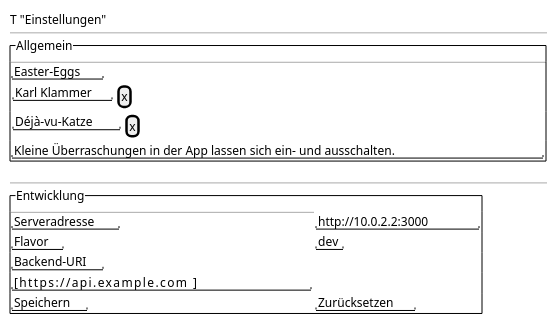
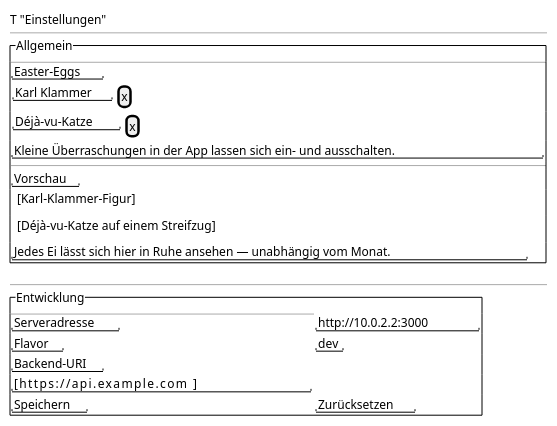
One commit to tradem/breakdown-rs changed the diagram in docs/design/screens/settings.md. Above: the diagram before and after it, drawn with PlantUML. The commit also changed other lines of this file and 20 other files, not shown here.

````diff
--- a/docs/design/screens/settings.md
+++ b/docs/design/screens/settings.md
@@ -32,24 +32,29 @@
 ```plantuml
 @startsalt
 {
   T "Einstellungen"
   --
   {^ "Allgemein"
     --
     "Easter-Eggs"
     { "Karl Klammer" | [x] }
     { "Déjà-vu-Katze" | [x] }
     "Kleine Überraschungen in der App lassen sich ein- und ausschalten."
+    --
+    "Vorschau"
+    {^ [Karl-Klammer-Figur] }
+    {^ [Déjà-vu-Katze auf einem Streifzug] }
+    "Jedes Ei lässt sich hier in Ruhe ansehen — unabhängig vom Monat."
   }
   --
   {^ "Entwicklung"
     --
     "Serveradresse" | "http://10.0.2.2:3000"
     "Flavor" | "dev"
     "Backend-URI"
     "[https://api.example.com            ]"
     "Speichern" | "Zurücksetzen"
   }
 }
 @endsalt
 ```
````
